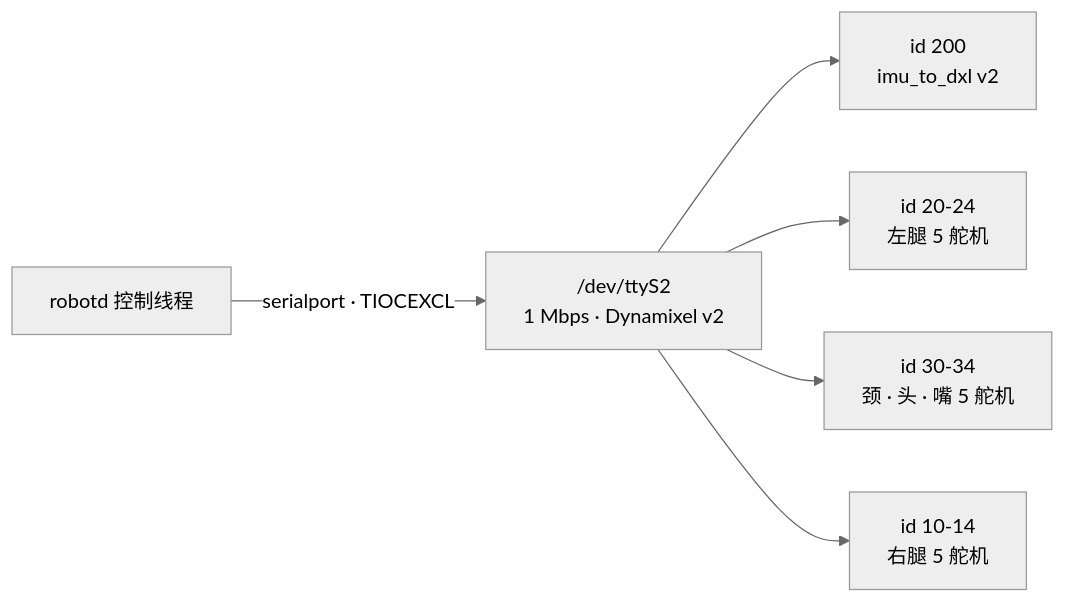
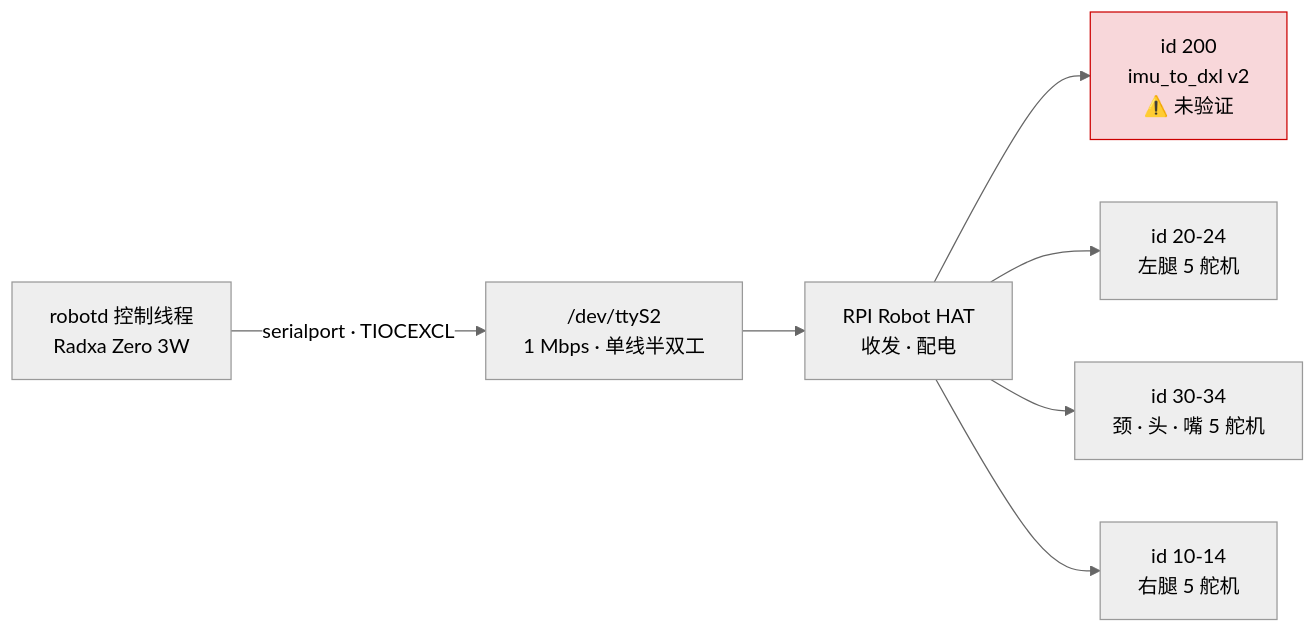
The diagram in hardware/AGENTS.md (raphael2053/microduck-rebuild), drawn with Mermaid (neutral theme) before and after one commit. The commit also changed other lines of this file and 10 other files, not shown here.

````diff
--- a/hardware/AGENTS.md
+++ b/hardware/AGENTS.md
@@ -38,8 +41,10 @@
 ```mermaid
 graph LR
-    R[robotd 控制线程] -->|serialport · TIOCEXCL| T["/dev/ttyS2<br/>1 Mbps · Dynamixel v2"]
-    T --> A[id 200<br/>imu_to_dxl v2]
-    T --> B[id 20-24<br/>左腿 5 舵机]
-    T --> C[id 30-34<br/>颈 · 头 · 嘴 5 舵机]
-    T --> D[id 10-14<br/>右腿 5 舵机]
+    R[robotd 控制线程<br/>Radxa Zero 3W] -->|serialport · TIOCEXCL| T["/dev/ttyS2<br/>1 Mbps · 单线半双工"]
+    T --> HAT["RPI Robot HAT<br/>收发 · 配电"]
+    HAT --> A["id 200<br/>imu_to_dxl v2<br/>⚠️ 未验证"]:::warn
+    HAT --> B["id 20-24<br/>左腿 5 舵机"]
+    HAT --> C["id 30-34<br/>颈 · 头 · 嘴 5 舵机"]
+    HAT --> D["id 10-14<br/>右腿 5 舵机"]
+    classDef warn fill:#f8d7da,stroke:#c00
 ```
````
